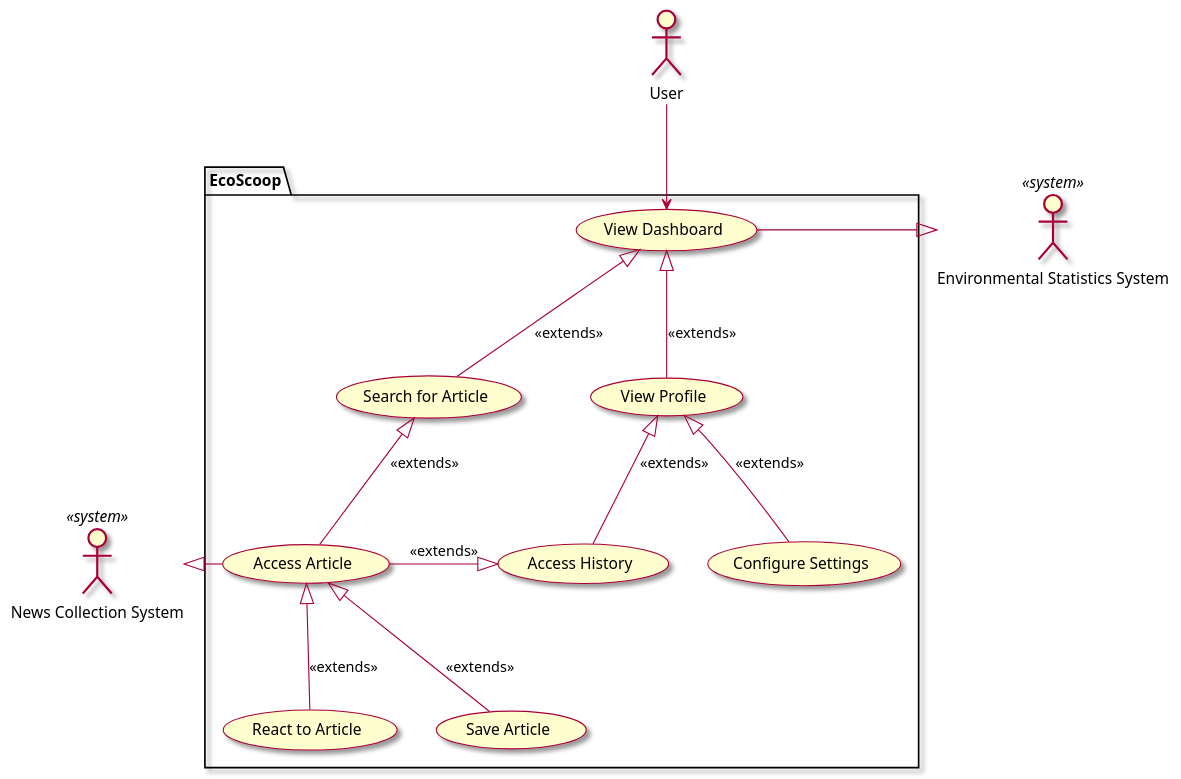
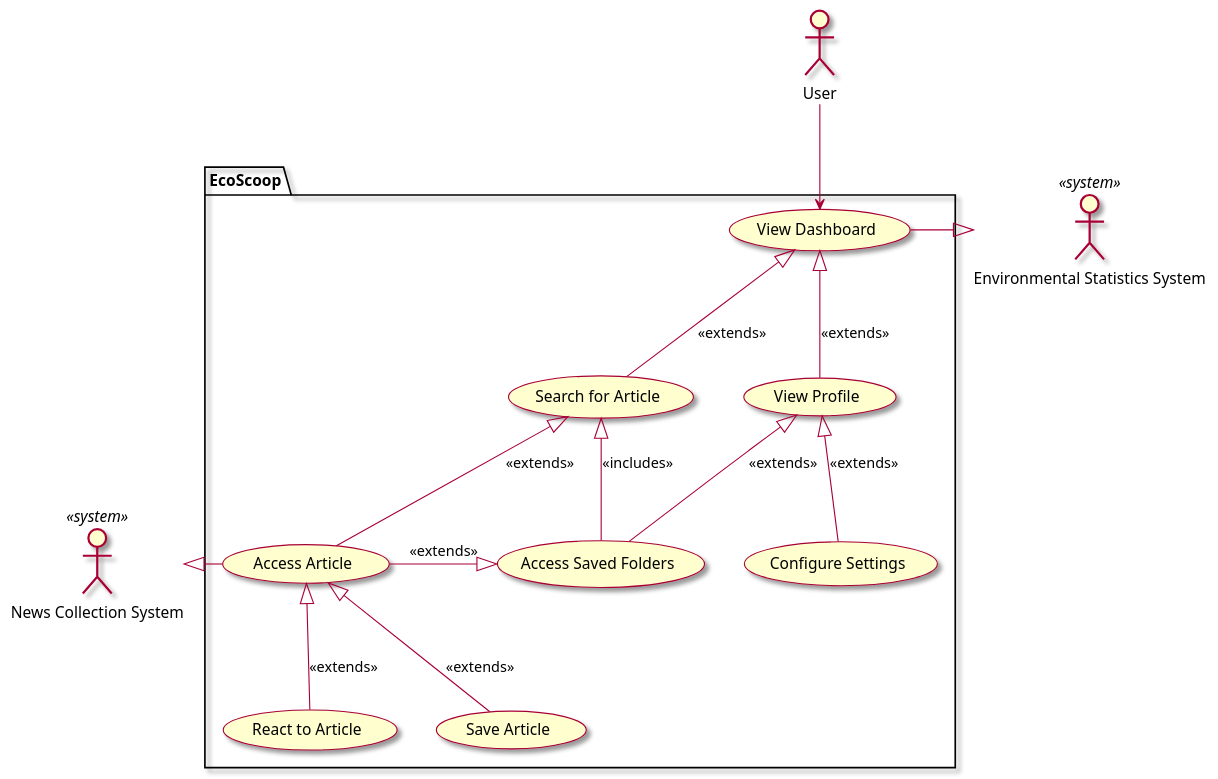
Before and after one commit to owhitleym-ui/EcoScoop: the diagram in intellij/doc/vision.md, drawn with PlantUML. The commit also changed 4 other files, not shown here.

````diff
--- a/intellij/doc/vision.md
+++ b/intellij/doc/vision.md
@@ -28,48 +28,49 @@
 ```plantuml
 @startuml
 skin rose
 
 'human actors
 actor "User" as user
 
 'system actors
 actor "News Collection System" <<system>> as internetSystem
 actor "Environmental Statistics System" <<system>> as envSystem
 
 ' list all use cases in package
 package EcoScoop{
  
     usecase "Access Article" as accessArticle
     usecase "Search for Article" as searchArticle
     usecase "React to Article" as reactArticle
     usecase "Save Article" as saveArticle
     usecase "View Profile" as viewProfile
     usecase "Configure Settings" as changeSettings
-    usecase "Access History" as accessHistory
+    usecase "Access Saved Folders" as accessHistory
     usecase "View Dashboard" as viewDashboard
 }
 
 'list associations
 user --> viewDashboard
 
 viewDashboard <|-down- searchArticle : <<extends>>
 viewDashboard <|-down- viewProfile : <<extends>>
 
 
 searchArticle <|-down- accessArticle : <<extends>>
 
 
 accessArticle <|-down- reactArticle : <<extends>>
 accessArticle <|-down- saveArticle : <<extends>>
 
 internetSystem <|-right- accessArticle 
 
 envSystem <|-r- viewDashboard 
 
+searchArticle <|-- accessHistory :<<includes>>
 viewProfile <|-down- accessHistory : <<extends>>
 accessHistory <|-l- accessArticle : <<extends>>
 viewProfile <|-- changeSettings : <<extends>>
 
 
 @enduml
 ```
````
